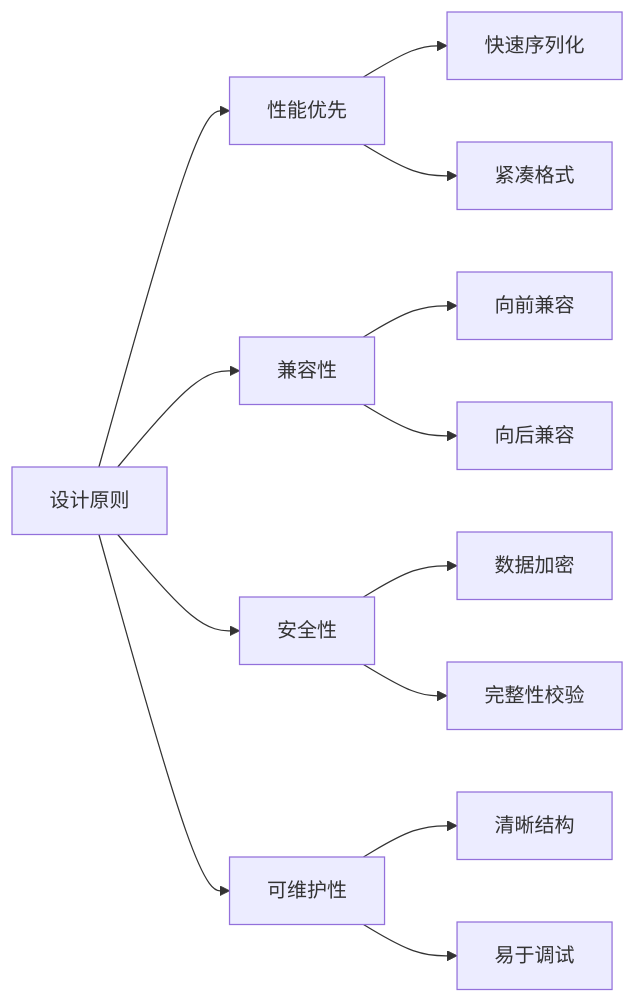
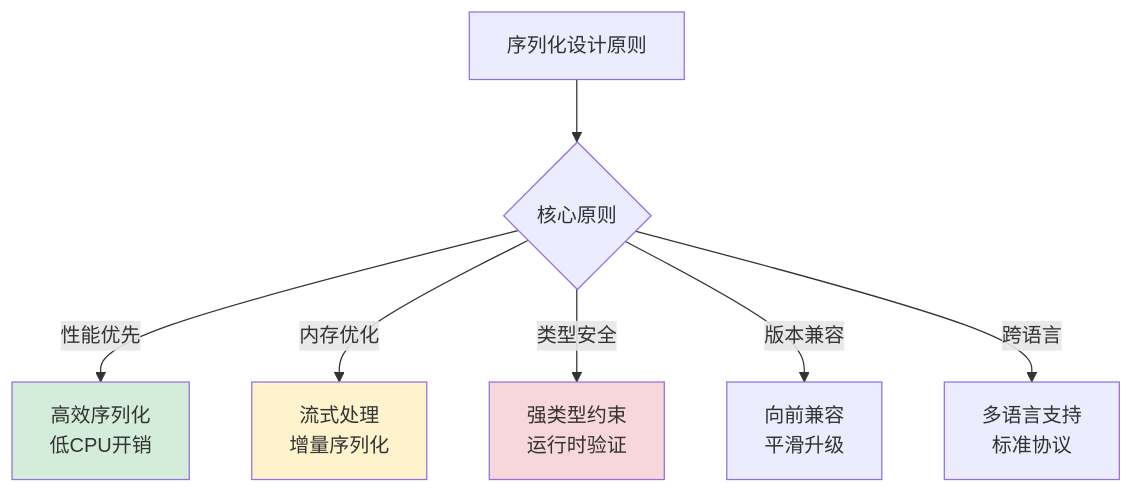
The fifth of 24 diagrams in 00.通用技术的提升/02.程序编程原理/05.序列化数据的思想.md (chongyang211/YCBookBlog), drawn with Mermaid before and after one commit. The commit also changed other lines of this file and 28 other files, not shown here.

````diff
--- a/00.通用技术的提升/02.程序编程原理/05.序列化数据的思想.md
+++ b/00.通用技术的提升/02.程序编程原理/05.序列化数据的思想.md
@@ -130,19 +278,13 @@
 ```mermaid
-graph LR
-    A[设计原则] --> B[性能优先]
-    A --> C[兼容性]
-    A --> D[安全性]
-    A --> E[可维护性]
+graph TB
+    A[序列化设计原则] --> B{核心原则}
+    B -->|性能优先| C[高效序列化<br/>低CPU开销]
+    B -->|内存优化| D[流式处理<br/>增量序列化]
+    B -->|类型安全| E[强类型约束<br/>运行时验证]
+    B -->|版本兼容| F[向前兼容<br/>平滑升级]
+    B -->|跨语言| G[多语言支持<br/>标准协议]
     
-    B --> B1[快速序列化]
-    B --> B2[紧凑格式]
-    
-    C --> C1[向前兼容]
-    C --> C2[向后兼容]
-    
-    D --> D1[数据加密]
-    D --> D2[完整性校验]
-    
-    E --> E1[清晰结构]
-    E --> E2[易于调试]
+    style C fill:#d4edda
+    style D fill:#fff3cd
+    style E fill:#f8d7da
 ```
````
